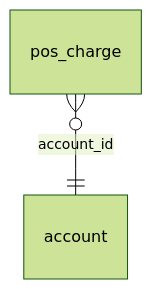
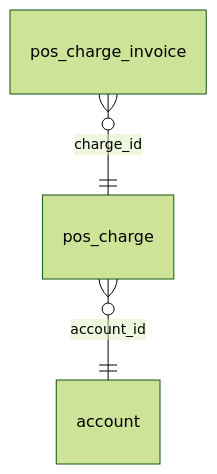
One commit to 21gifts/api changed the diagram in docs/database/tables/pos_charge.md. Above: the diagram before and after it, drawn with Mermaid (forest theme). The commit also changed other lines of this file and 14 other files, not shown here.

First line of the commit message:
Regenerate the schema reference for staging and run the notice check there

````diff
--- a/docs/database/tables/pos_charge.md
+++ b/docs/database/tables/pos_charge.md
@@ -32,4 +37,5 @@
 ```mermaid
 erDiagram
     "pos_charge" }o--|| "account" : "account_id"
+    "pos_charge_invoice" }o--|| "pos_charge" : "charge_id"
 ```
````
